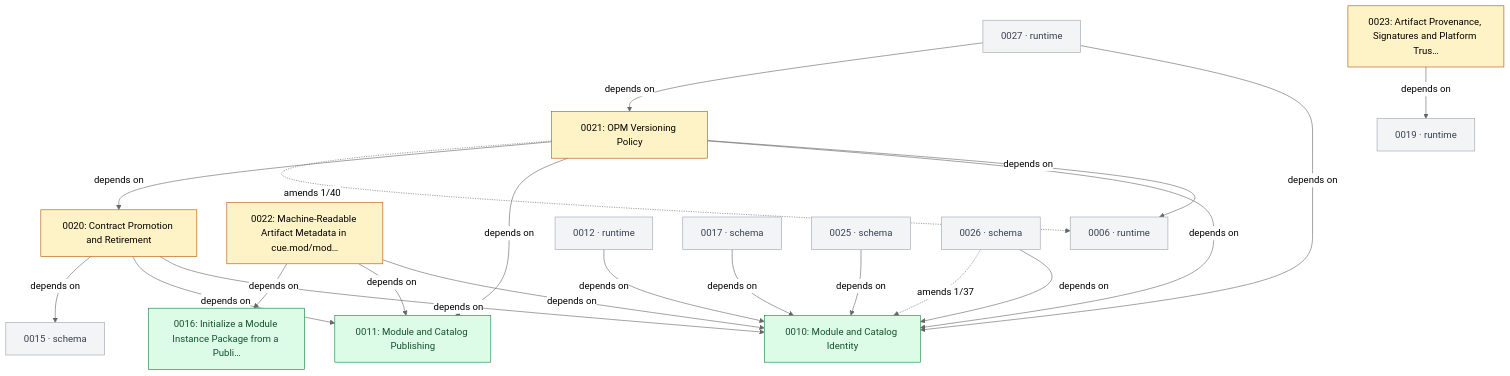
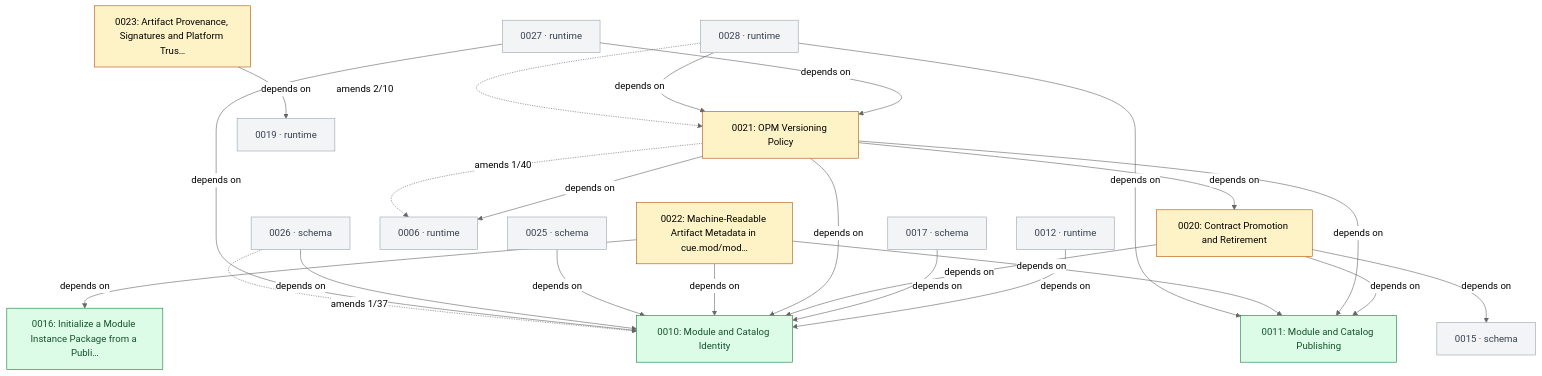
The fourth of 6 diagrams in GRAPH.md (open-platform-model/enhancements), drawn with Mermaid (neutral theme) before and after one commit. The commit also changed other lines of this file and 5 other files, not shown here.

````diff
--- a/GRAPH.md
+++ b/GRAPH.md
@@ -147,47 +156,51 @@
 ```mermaid
 graph TD
   classDef draft       fill:#fef3c7,stroke:#b45309,color:#000
   classDef accepted    fill:#dbeafe,stroke:#1d4ed8,color:#000
   classDef rejected    fill:#fee2e2,stroke:#b91c1c,color:#7f1d1d,stroke-dasharray:4 2
   classDef superseded  fill:#e5e7eb,stroke:#6b7280,color:#6b7280
   classDef delivered   fill:#dcfce7,stroke:#15803d,color:#14532d
   classDef legacy      fill:#fafafa,stroke:#9ca3af,color:#6b7280,stroke-dasharray:3 3
   classDef stub        fill:#f3f4f6,stroke:#9ca3af,color:#374151
   classDef category    fill:#ede9fe,stroke:#6d28d9,color:#000
 
   N0010["0010: Module and Catalog Identity"]:::delivered
   N0011["0011: Module and Catalog Publishing"]:::delivered
   N0016["0016: Initialize a Module Instance Package from a Publi…"]:::delivered
   N0020["0020: Contract Promotion and Retirement"]:::draft
   N0021["0021: OPM Versioning Policy"]:::draft
   N0022["0022: Machine-Readable Artifact Metadata in cue.mod/mod…"]:::draft
   N0023["0023: Artifact Provenance, Signatures and Platform Trus…"]:::draft
   N0006["0006 · runtime"]:::stub
   N0012["0012 · runtime"]:::stub
   N0015["0015 · schema"]:::stub
   N0017["0017 · schema"]:::stub
   N0019["0019 · runtime"]:::stub
   N0025["0025 · schema"]:::stub
   N0026["0026 · schema"]:::stub
   N0027["0027 · runtime"]:::stub
+  N0028["0028 · runtime"]:::stub
 
   N0012 -->|depends on| N0010
   N0017 -->|depends on| N0010
   N0020 -->|depends on| N0010
   N0020 -->|depends on| N0011
   N0020 -->|depends on| N0015
   N0021 -->|depends on| N0006
   N0021 -->|depends on| N0010
   N0021 -->|depends on| N0011
   N0021 -->|depends on| N0020
   N0022 -->|depends on| N0010
   N0022 -->|depends on| N0011
   N0022 -->|depends on| N0016
   N0023 -->|depends on| N0019
   N0025 -->|depends on| N0010
   N0026 -->|depends on| N0010
   N0027 -->|depends on| N0010
   N0027 -->|depends on| N0021
+  N0028 -->|depends on| N0011
+  N0028 -->|depends on| N0021
   N0021 -.->|amends 1/40| N0006
   N0026 -.->|amends 1/37| N0010
+  N0028 -.->|amends 2/10| N0021
 ```
````
